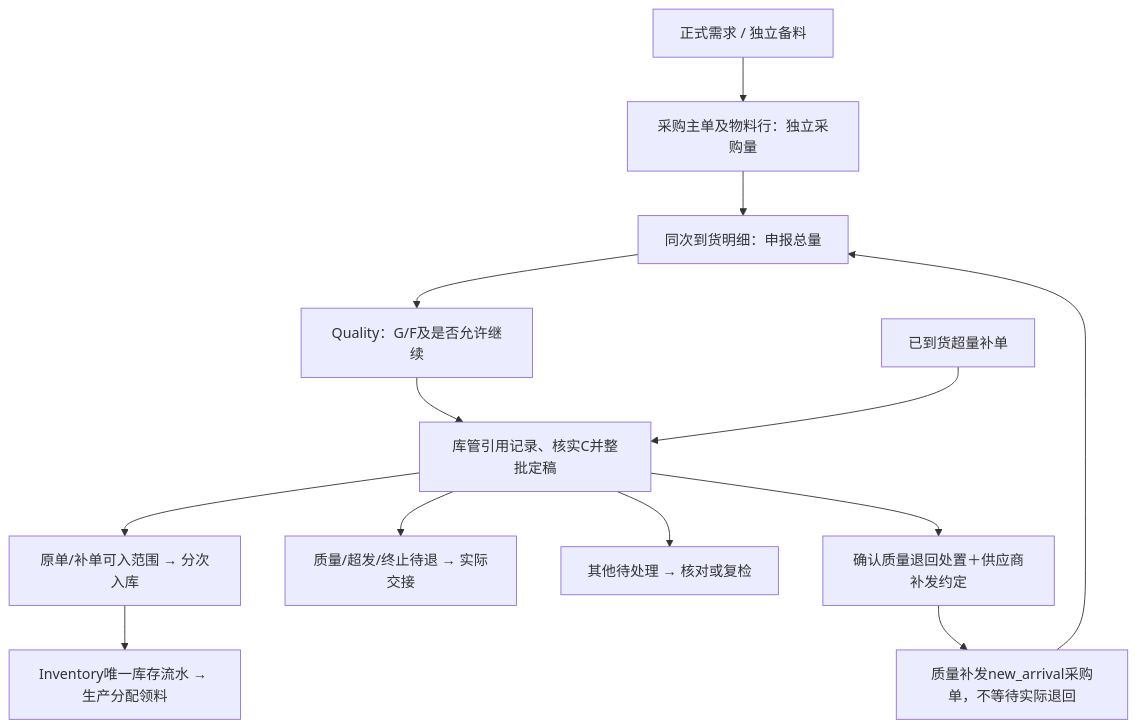
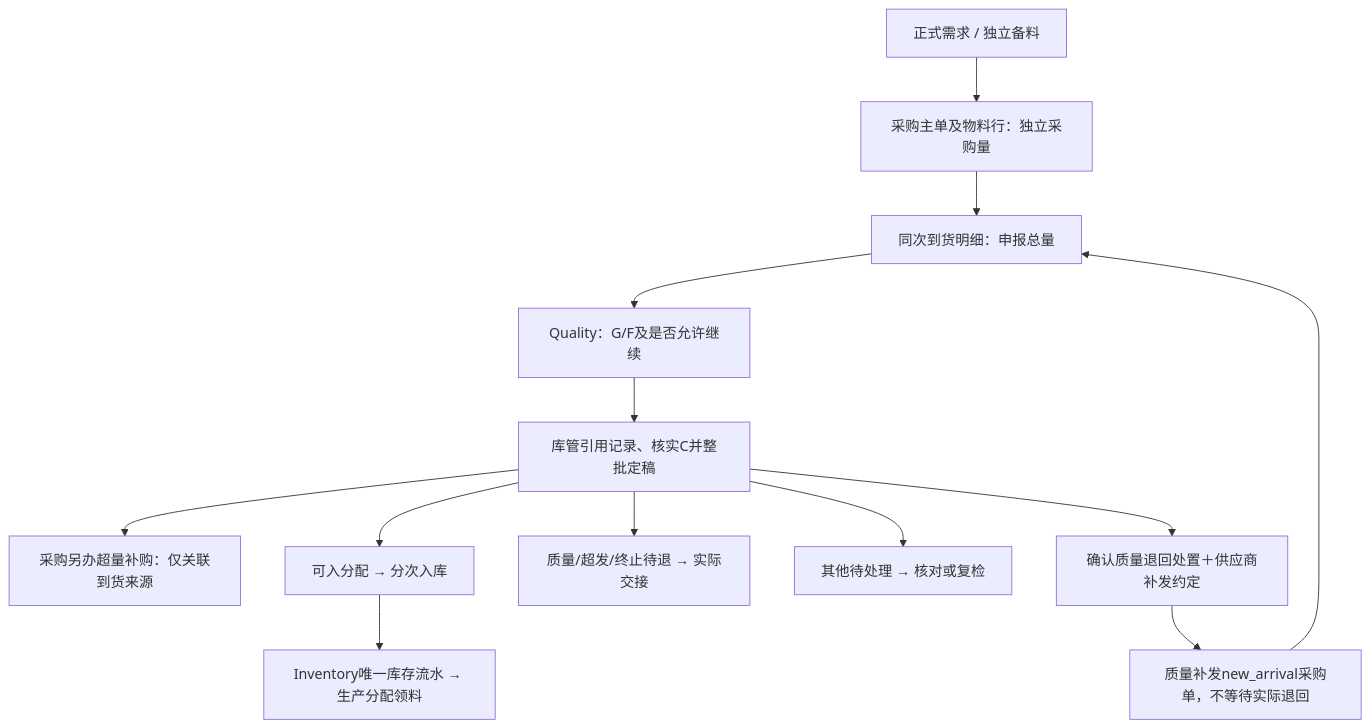
The diagram in docs/procurement-inbound-design.md (ikarosl/mes), drawn with Mermaid before and after one commit. The commit also changed other lines of this file and 107 other files, not shown here.

````diff
--- a/docs/procurement-inbound-design.md
+++ b/docs/procurement-inbound-design.md
@@ -27,15 +29,15 @@
 ```mermaid
 flowchart TD
  D["正式需求 / 独立备料"] --> P["采购主单及物料行：独立采购量"]
  P --> R["同次到货明细：申报总量"]
  R --> Q["Quality：G/F及是否允许继续"]
  Q --> A["库管引用记录、核实C并整批定稿"]
- S["已到货超量补单"] --> A
- A --> I["原单/补单可入范围 → 分次入库"]
+ A --> S["采购另办超量补购：仅关联到货来源"]
+ A --> I["可入分配 → 分次入库"]
  A --> T["质量/超发/终止待退 → 实际交接"]
  A --> U["其他待处理 → 核对或复检"]
  I --> L["Inventory唯一库存流水 → 生产分配领料"]
  A --> QR["确认质量退回处置＋供应商补发约定"]
  QR --> N["质量补发new_arrival采购单，不等待实际退回"]
  N --> R
 ```
````
